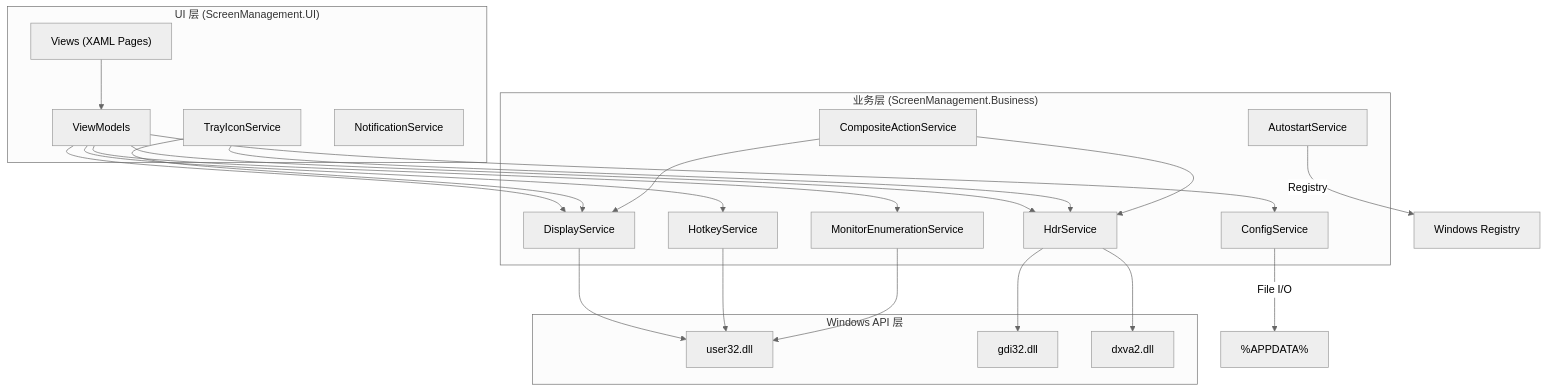
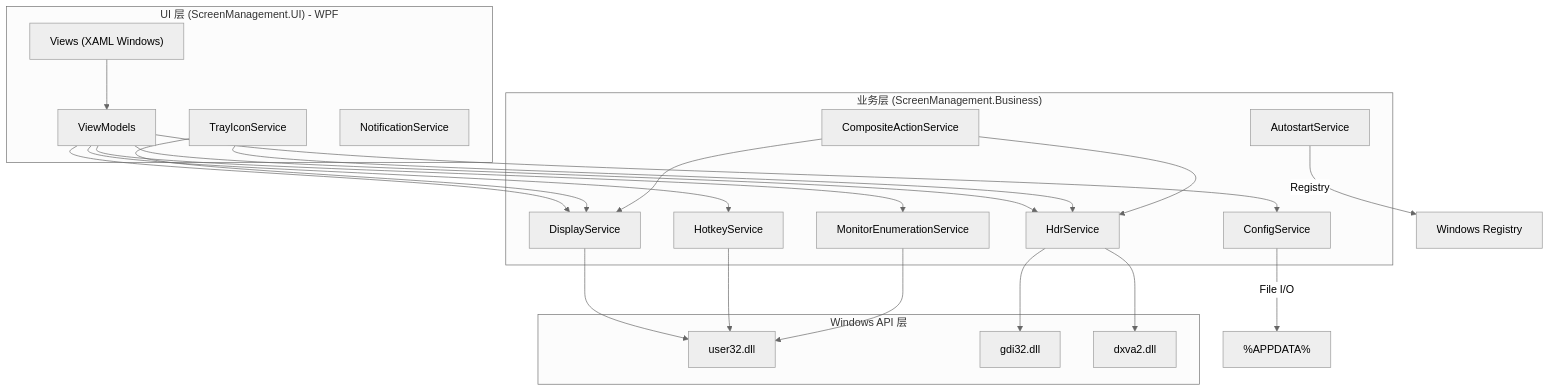
The first of 2 diagrams in 实现方案.md (qiuhaotc/ScreenManagement), drawn with Mermaid (neutral theme) before and after one commit. The commit also changed other lines of this file and 62 other files, not shown here.

````diff
--- a/实现方案.md
+++ b/实现方案.md
@@ -27,44 +29,44 @@
 ```mermaid
 graph TB
-    subgraph "UI 层 (ScreenManagement.UI)"
-        Views["Views (XAML Pages)"]
+    subgraph "UI 层 (ScreenManagement.UI) - WPF"
+        Views["Views (XAML Windows)"]
         ViewModels["ViewModels"]
         TraySvc["TrayIconService"]
         NotifSvc["NotificationService"]
     end
 
     subgraph "业务层 (ScreenManagement.Business)"
         DisplaySvc["DisplayService"]
         HdrSvc["HdrService"]
         HotkeySvc["HotkeyService"]
         MonitorEnumSvc["MonitorEnumerationService"]
         ConfigSvc["ConfigService"]
         AutostartSvc["AutostartService"]
         CompositeSvc["CompositeActionService"]
     end
 
     subgraph "Windows API 层"
         User32["user32.dll"]
         Gdi32["gdi32.dll"]
         Dxva2["dxva2.dll"]
     end
 
     Views --> ViewModels
     ViewModels --> DisplaySvc
     ViewModels --> HdrSvc
     ViewModels --> HotkeySvc
     ViewModels --> MonitorEnumSvc
     ViewModels --> ConfigSvc
     TraySvc --> DisplaySvc
     TraySvc --> HdrSvc
 
     DisplaySvc --> User32
     HdrSvc --> Gdi32
     HdrSvc --> Dxva2
     HotkeySvc --> User32
     MonitorEnumSvc --> User32
     AutostartSvc --> |Registry| Windows["Windows Registry"]
     ConfigSvc --> |File I/O| Disk["%APPDATA%"]
     CompositeSvc --> DisplaySvc
     CompositeSvc --> HdrSvc
 ```
````
